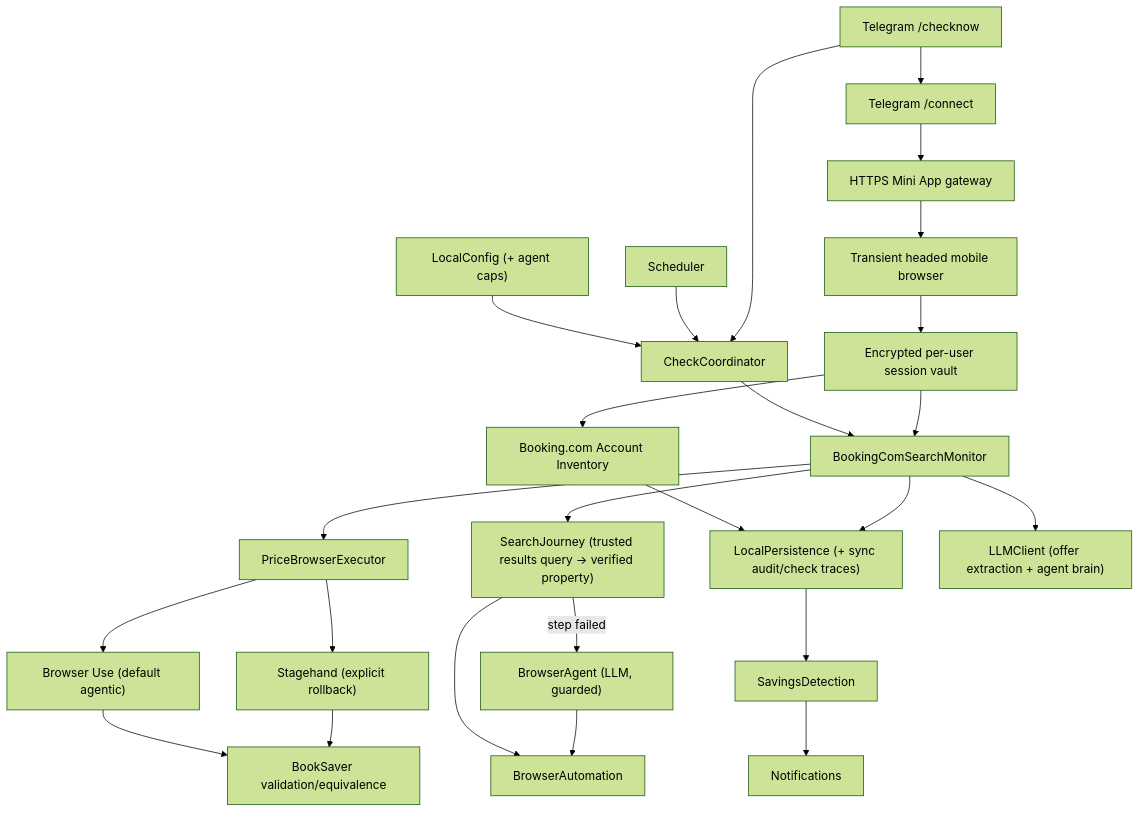
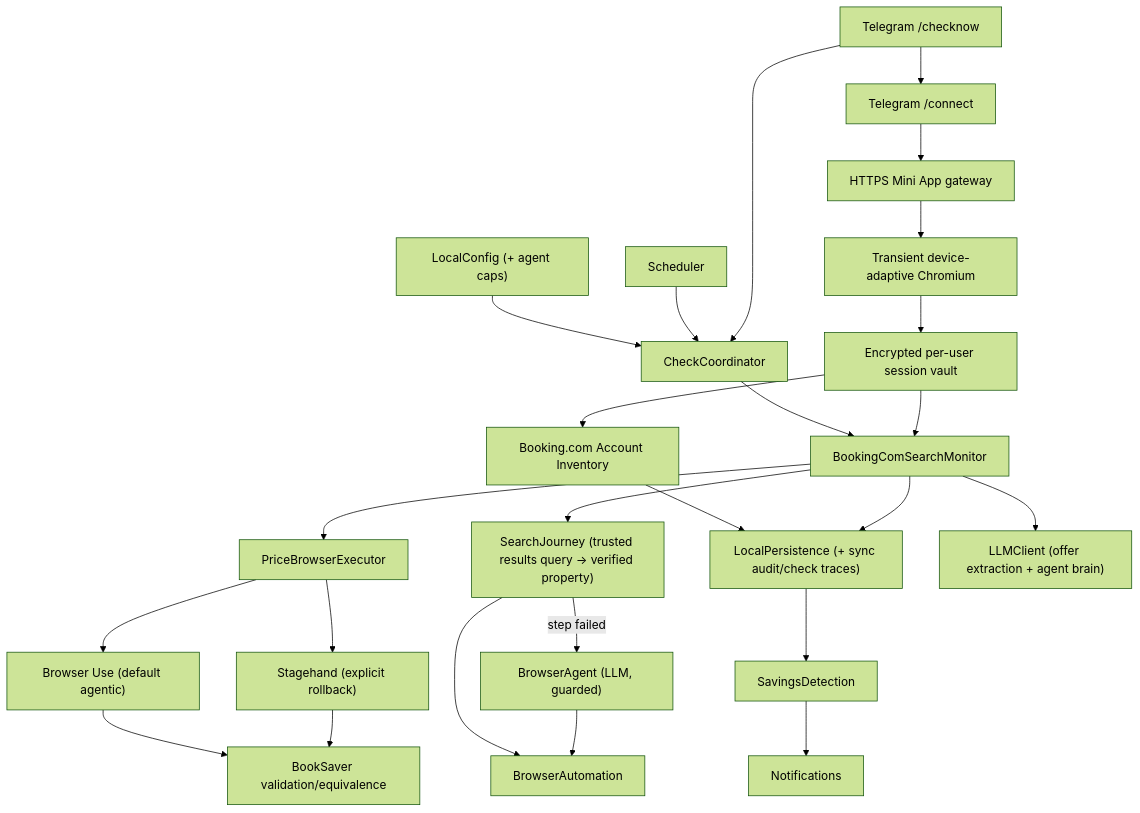
One commit to roman-marchuk/booksaver-agent changed the diagram in memory-bank/standards/system-architecture.md. Above: the diagram before and after it, drawn with Mermaid (forest theme). The commit also changed other lines of this file and 27 other files, not shown here.

Commit message:
feat(auth): adapt streamed login browser to connecting device

````diff
--- a/memory-bank/standards/system-architecture.md
+++ b/memory-bank/standards/system-architecture.md
@@ -7,27 +7,27 @@
 ```mermaid
 flowchart TB
     Config["LocalConfig (+ agent caps)"] --> Coordinator["CheckCoordinator"]
     Scheduler["Scheduler"] --> Coordinator
     Telegram["Telegram /checknow"] --> Coordinator
     Telegram --> Connect["Telegram /connect"]
     Connect --> AuthGateway["HTTPS Mini App gateway"]
-    AuthGateway --> LoginBrowser["Transient headed mobile browser"]
+    AuthGateway --> LoginBrowser["Transient device-adaptive Chromium"]
     LoginBrowser --> SessionVault["Encrypted per-user session vault"]
     SessionVault --> Inventory["Booking.com Account Inventory"]
     Inventory --> Store["LocalPersistence (+ sync audit/check traces)"]
     Coordinator --> Monitor["BookingComSearchMonitor"]
     SessionVault --> Monitor
     Monitor --> PricePort["PriceBrowserExecutor"]
     PricePort --> BrowserUse["Browser Use (default agentic)"]
     PricePort --> Stagehand["Stagehand (explicit rollback)"]
     BrowserUse --> Validation["BookSaver validation/equivalence"]
     Stagehand --> Validation
     Monitor --> Journey["SearchJourney (trusted results query → verified property)"]
     Journey --> Browser["BrowserAutomation"]
     Journey -- "step failed" --> Agent["BrowserAgent (LLM, guarded)"]
     Agent --> Browser
     Monitor --> LLM["LLMClient (offer extraction + agent brain)"]
     Monitor --> Store
     Store --> Savings["SavingsDetection"]
     Savings --> Notify["Notifications"]
 ```
````
